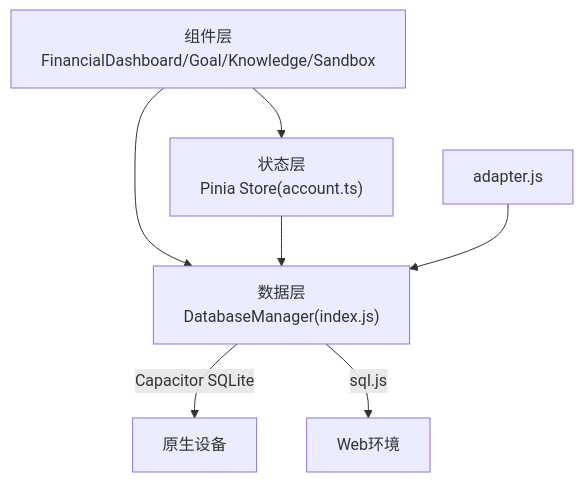
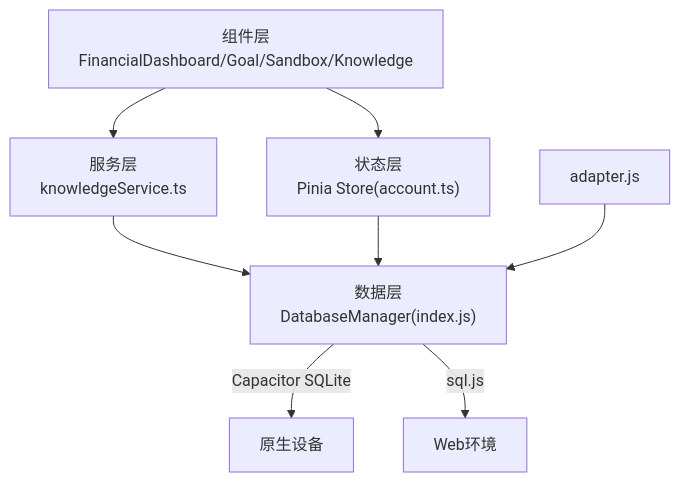
Before and after one commit to xiao-lin-unit/yuan: the second of 9 diagrams in .qoder/repowiki/zh/content/财务分析/财务分析.md, drawn with Mermaid. The commit also changed other lines of this file and 16 other files, not shown here.

Commit message:
图片和图标处理

````diff
--- a/.qoder/repowiki/zh/content/财务分析/财务分析.md
+++ b/.qoder/repowiki/zh/content/财务分析/财务分析.md
@@ -97,9 +124,10 @@
 ```mermaid
 graph TB
-UI["组件层<br/>FinancialDashboard/Goal/Knowledge/Sandbox"] --> STORE["状态层<br/>Pinia Store(account.ts)"]
-UI --> DB["数据层<br/>DatabaseManager(index.js)"]
+UI["组件层<br/>FinancialDashboard/Goal/Sandbox/Knowledge"] --> STORE["状态层<br/>Pinia Store(account.ts)"]
+UI --> SERVICE["服务层<br/>knowledgeService.ts"]
+SERVICE --> DB["数据层<br/>DatabaseManager(index.js)"]
 STORE --> DB
 DB --> |Capacitor SQLite| NATIVE["原生设备"]
 DB --> |sql.js| WEB["Web环境"]
 ADP["adapter.js"] --> DB
 ```
````
